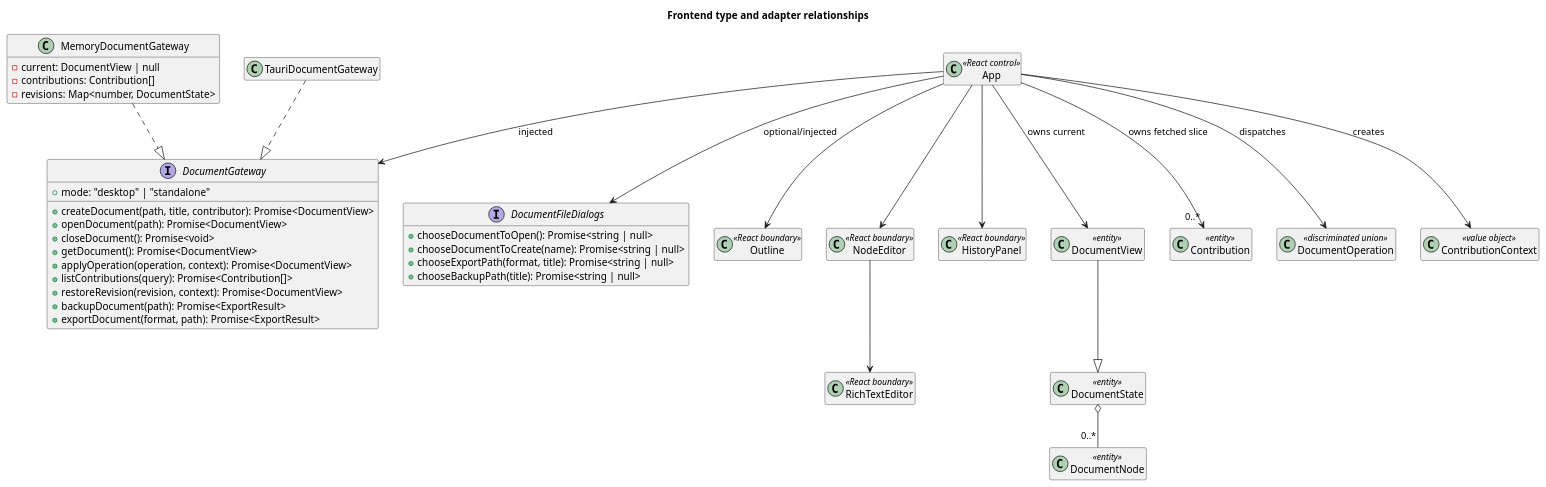
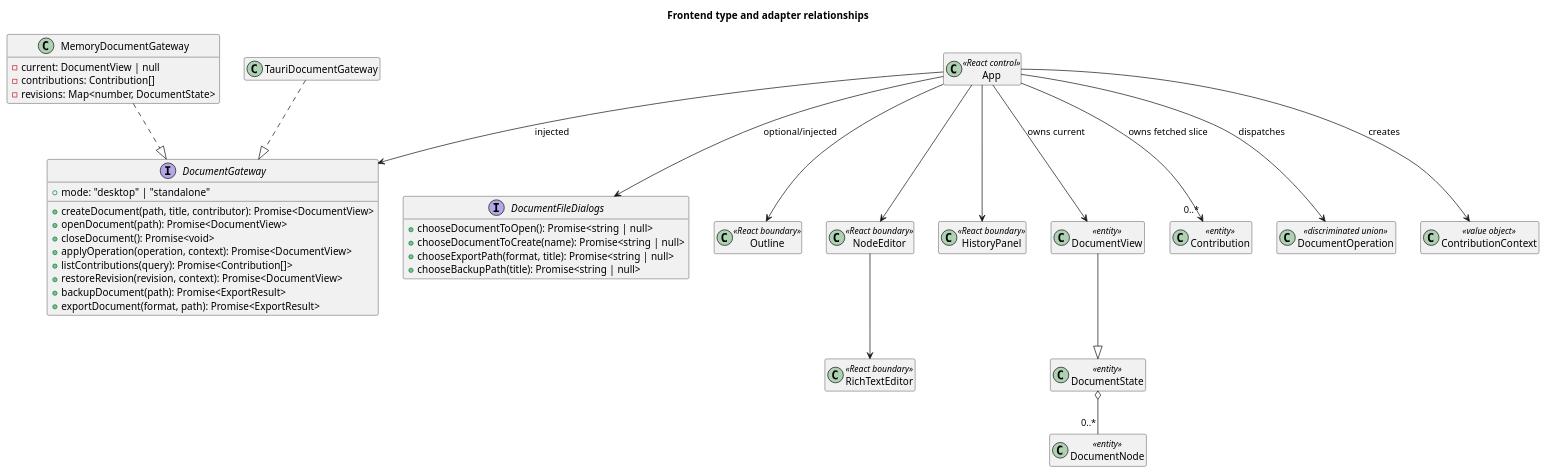
One commit to benoit-gl/coedit changed the second of 2 diagrams in docs/FRONTEND_DESIGN.md. Above: the diagram before and after it, drawn with PlantUML. The commit also changed other lines of this file and 18 other files, not shown here.

````diff
--- a/docs/FRONTEND_DESIGN.md
+++ b/docs/FRONTEND_DESIGN.md
@@ -175,60 +175,59 @@
 ```plantuml
 @startuml
 title Frontend type and adapter relationships
 hide empty members
 
 interface DocumentGateway {
   +mode: "desktop" | "standalone"
   +createDocument(path, title, contributor): Promise<DocumentView>
   +openDocument(path): Promise<DocumentView>
   +closeDocument(): Promise<void>
-  +getDocument(): Promise<DocumentView>
   +applyOperation(operation, context): Promise<DocumentView>
   +listContributions(query): Promise<Contribution[]>
   +restoreRevision(revision, context): Promise<DocumentView>
   +backupDocument(path): Promise<ExportResult>
   +exportDocument(format, path): Promise<ExportResult>
 }
 
 interface DocumentFileDialogs {
   +chooseDocumentToOpen(): Promise<string | null>
   +chooseDocumentToCreate(name): Promise<string | null>
   +chooseExportPath(format, title): Promise<string | null>
   +chooseBackupPath(title): Promise<string | null>
 }
 
 class MemoryDocumentGateway {
   -current: DocumentView | null
   -contributions: Contribution[]
   -revisions: Map<number, DocumentState>
 }
 
 class TauriDocumentGateway
 class App <<React control>>
 class Outline <<React boundary>>
 class NodeEditor <<React boundary>>
 class RichTextEditor <<React boundary>>
 class HistoryPanel <<React boundary>>
 class DocumentView <<entity>>
 class DocumentState <<entity>>
 class DocumentNode <<entity>>
 class Contribution <<entity>>
 class DocumentOperation <<discriminated union>>
 class ContributionContext <<value object>>
 
 MemoryDocumentGateway ..|> DocumentGateway
 TauriDocumentGateway ..|> DocumentGateway
 App --> DocumentGateway : injected
 App --> DocumentFileDialogs : optional/injected
 App --> Outline
 App --> NodeEditor
 App --> HistoryPanel
 NodeEditor --> RichTextEditor
 App --> DocumentView : owns current
 App --> "0..*" Contribution : owns fetched slice
 DocumentView --|> DocumentState
 DocumentState o-- "0..*" DocumentNode
 App --> DocumentOperation : dispatches
 App --> ContributionContext : creates
 @enduml
 ```
````
